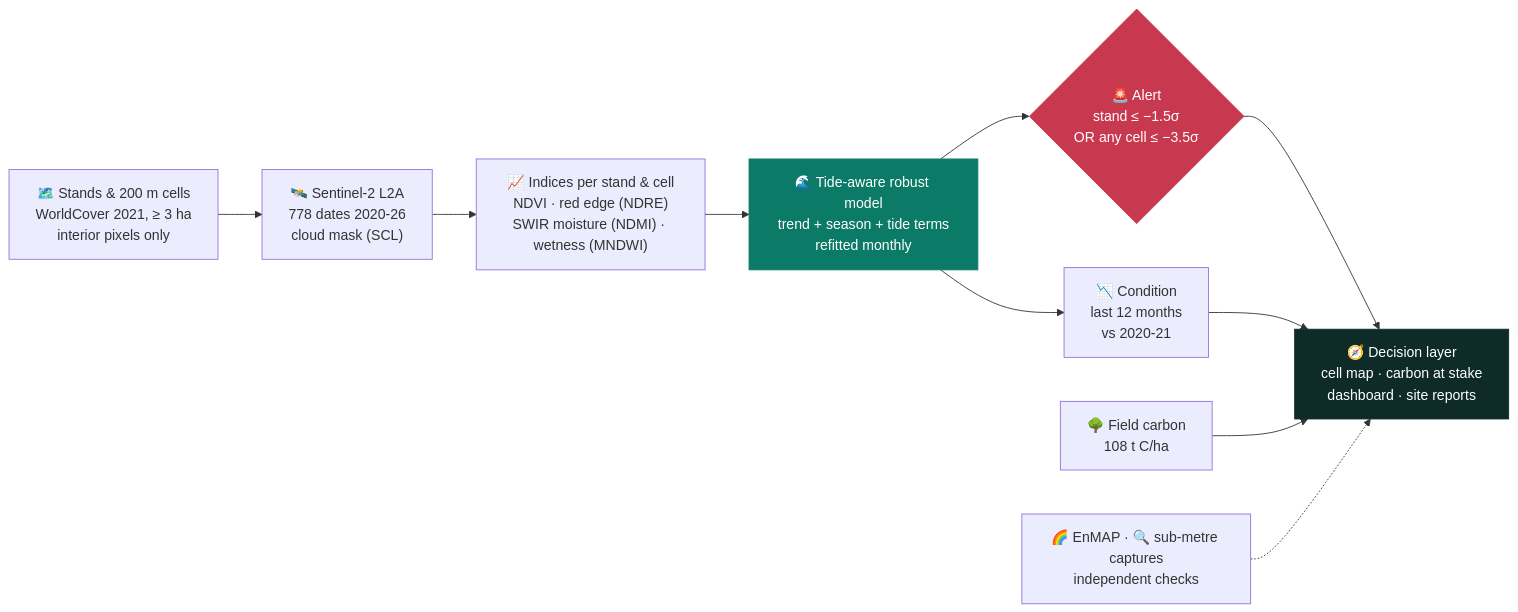
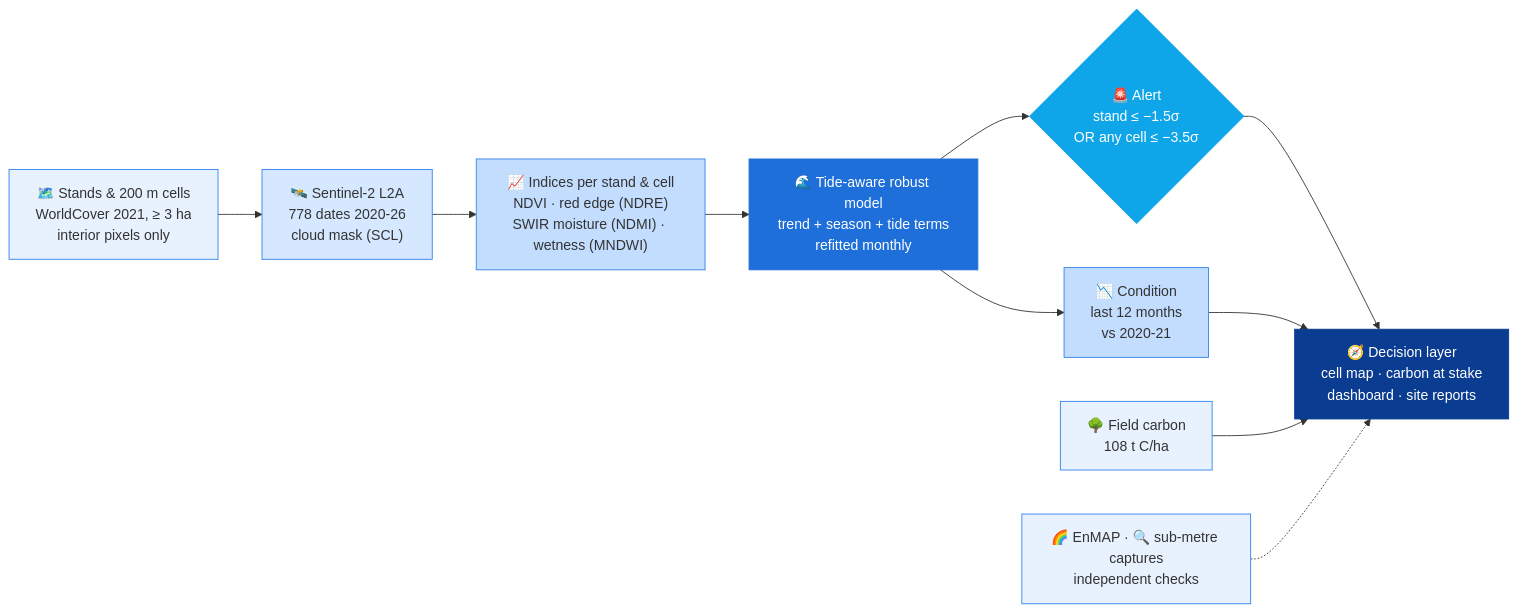
The diagram in README.md (Nahla-Nabil/blue-carbon-guardian), drawn with Mermaid before and after one commit. The commit also changed other lines of this file and 2 other files, not shown here.

Commit message:
Blue README cover (gradients, key numbers, pipeline strip, stand outlines) and blue badges/diagram

````diff
--- a/README.md
+++ b/README.md
@@ -72,15 +72,21 @@
 ```mermaid
 flowchart LR
     A["🗺️ Stands & 200 m cells<br/>WorldCover 2021, ≥ 3 ha<br/>interior pixels only"] --> B["🛰️ Sentinel-2 L2A<br/>778 dates 2020-26<br/>cloud mask (SCL)"]
     B --> C["📈 Indices per stand & cell<br/>NDVI · red edge (NDRE)<br/>SWIR moisture (NDMI) · wetness (MNDWI)"]
     C --> D["🌊 Tide-aware robust model<br/>trend + season + tide terms<br/>refitted monthly"]
     D --> E{"🚨 Alert<br/>stand ≤ −1.5σ<br/>OR any cell ≤ −3.5σ"}
     D --> F["📉 Condition<br/>last 12 months<br/>vs 2020-21"]
     E --> G["🧭 Decision layer<br/>cell map · carbon at stake<br/>dashboard · site reports"]
     F --> G
     H["🌳 Field carbon<br/>108 t C/ha"] --> G
     I["🌈 EnMAP · 🔍 sub-metre captures<br/>independent checks"] -.-> G
-    style D fill:#0B7A66,color:#fff,stroke:#0B7A66
-    style E fill:#C8384F,color:#fff,stroke:#C8384F
-    style G fill:#0F2B29,color:#fff,stroke:#0F2B29
+    style A fill:#E8F2FF,stroke:#2F80ED
+    style B fill:#D6E8FF,stroke:#2F80ED
+    style C fill:#C3DDFF,stroke:#2F80ED
+    style D fill:#1E6FD9,color:#fff,stroke:#1E6FD9
+    style E fill:#0EA5E9,color:#fff,stroke:#0EA5E9
+    style G fill:#0A3D91,color:#fff,stroke:#0A3D91
+    style F fill:#C3DDFF,stroke:#2F80ED
+    style H fill:#E8F2FF,stroke:#2F80ED
+    style I fill:#E8F2FF,stroke:#2F80ED
 ```
````
